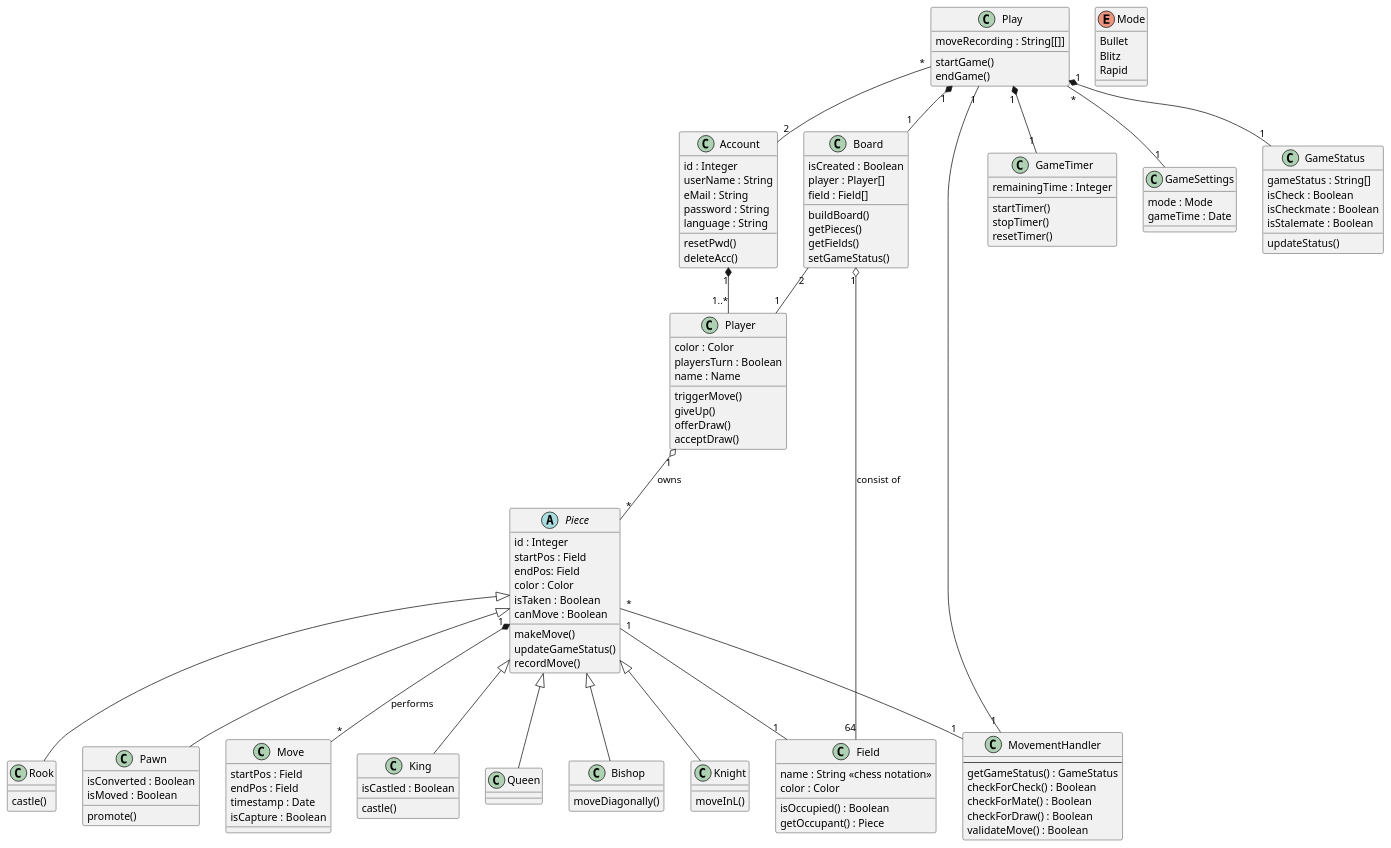
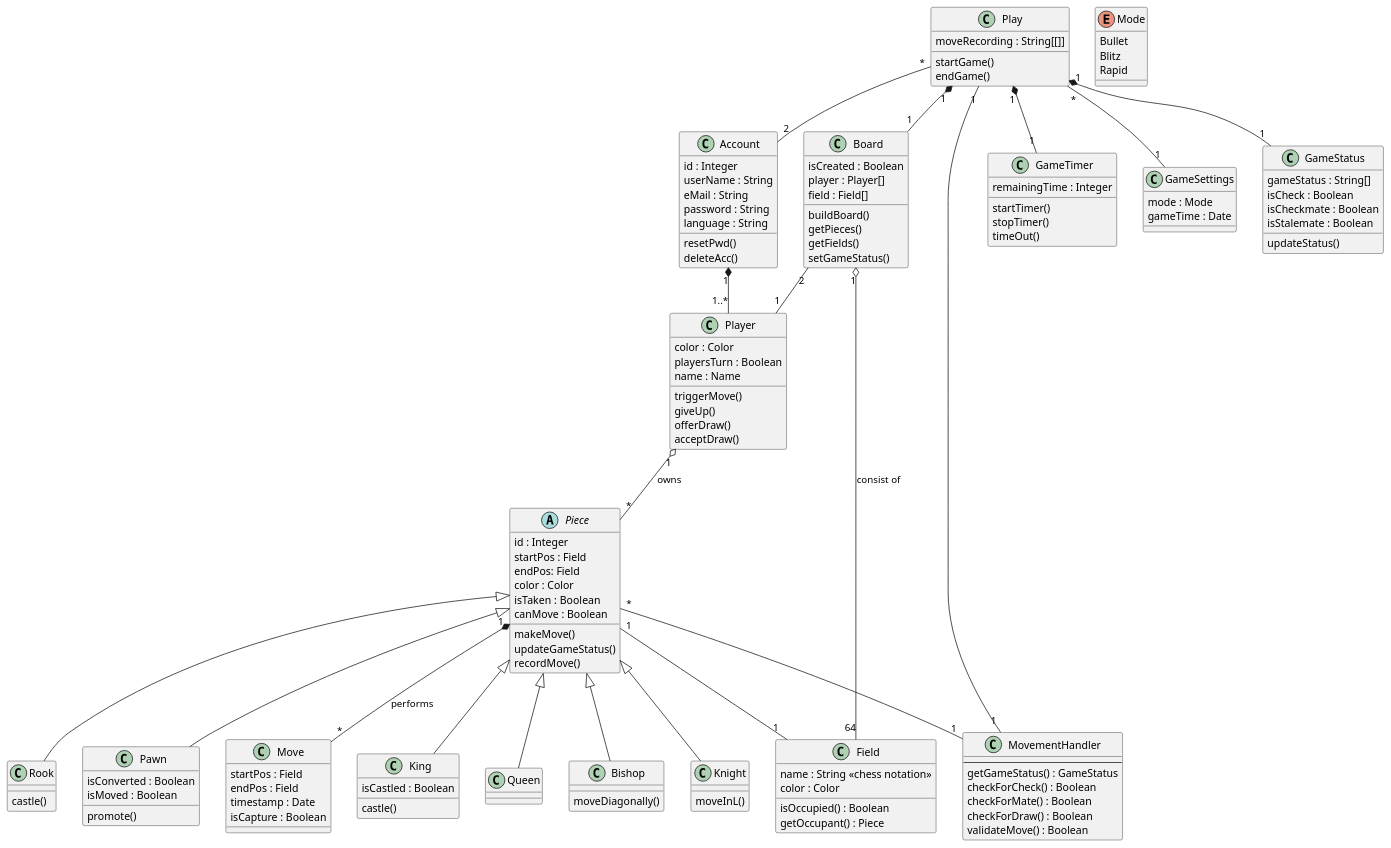
The diagram in classDiagram.iuml (ruhlando/uni-project-chess), drawn with PlantUML before and after one commit.

```diff
--- a/classDiagram.iuml
+++ b/classDiagram.iuml
@@ -1,144 +1,145 @@
 @startuml
 
 'Classes
 class Board {
   isCreated : Boolean
   player : Player[]
   field : Field[]
   buildBoard()
   getPieces()
   getFields()
   setGameStatus()
 }
 class Field {
   name : String <<chess notation>>
   color : Color
   isOccupied() : Boolean
   getOccupant() : Piece
 }
 abstract class Piece {
   id : Integer
   startPos : Field
   endPos: Field
   color : Color
   isTaken : Boolean
   canMove : Boolean
   makeMove()
   updateGameStatus()
   recordMove()
 }
 class King {
   isCastled : Boolean
   castle()
 }
 class Queen
 class Bishop {
   moveDiagonally()
 }
 class Knight {
   moveInL()
 }
 class Rook {
   castle()
 }
 class Pawn {
   isConverted : Boolean
   isMoved : Boolean
   promote()
 }
 class Play {
   moveRecording : String[[]]
   startGame()
   endGame()
 }
 
 class GameTimer {
   remainingTime : Integer
   startTimer()
   stopTimer()
-  resetTimer()
+  timeOut()
+
 }
 
 class Player {
   color : Color
   playersTurn : Boolean
   name : Name
   triggerMove()
   giveUp()
   offerDraw()
   acceptDraw()
 }
 
 class Account {
   id : Integer
   userName : String
   eMail : String
   password : String
   language : String
   resetPwd()
   deleteAcc()
 }
 
 class MovementHandler {
   --
   getGameStatus() : GameStatus
   checkForCheck() : Boolean
   checkForMate() : Boolean
   checkForDraw() : Boolean
   validateMove() : Boolean
 }
 
 class GameSettings {
   mode : Mode
   gameTime : Date
 }
 
 class Move {
   startPos : Field
   endPos : Field
   timestamp : Date
   isCapture : Boolean
 }
 
 class GameStatus {
   gameStatus : String[]
   isCheck : Boolean
   isCheckmate : Boolean
   isStalemate : Boolean
   updateStatus()
 }
 
 enum Mode {
   Bullet
   Blitz
   Rapid
 }
 
 'Associations
 
 Piece <|-- Knight
 Piece <|-- Queen
 Piece <|-- Rook
 Piece <|-- Bishop
 Piece <|-- King
 Piece <|-- Pawn
 
 Account "1" *-- "1..*" Player
 
 Board "2" -- "1" Player 
 Board "1" o-- "64" Field : consist of
 
 Player "1" o-- "*" Piece : owns
 
 Piece "1" -- "1" Field
 Piece "*" -- "1" MovementHandler
 Piece "1" *-- "*" Move : performs
 
 Play "1" *-- "1" Board
 Play "*" -- "1" GameSettings
 Play "*" -- "2" Account
 Play "1" -- "1" MovementHandler
 Play "1" *-- "1" GameStatus
 Play "1" *-- "1" GameTimer
 
 @enduml
```
